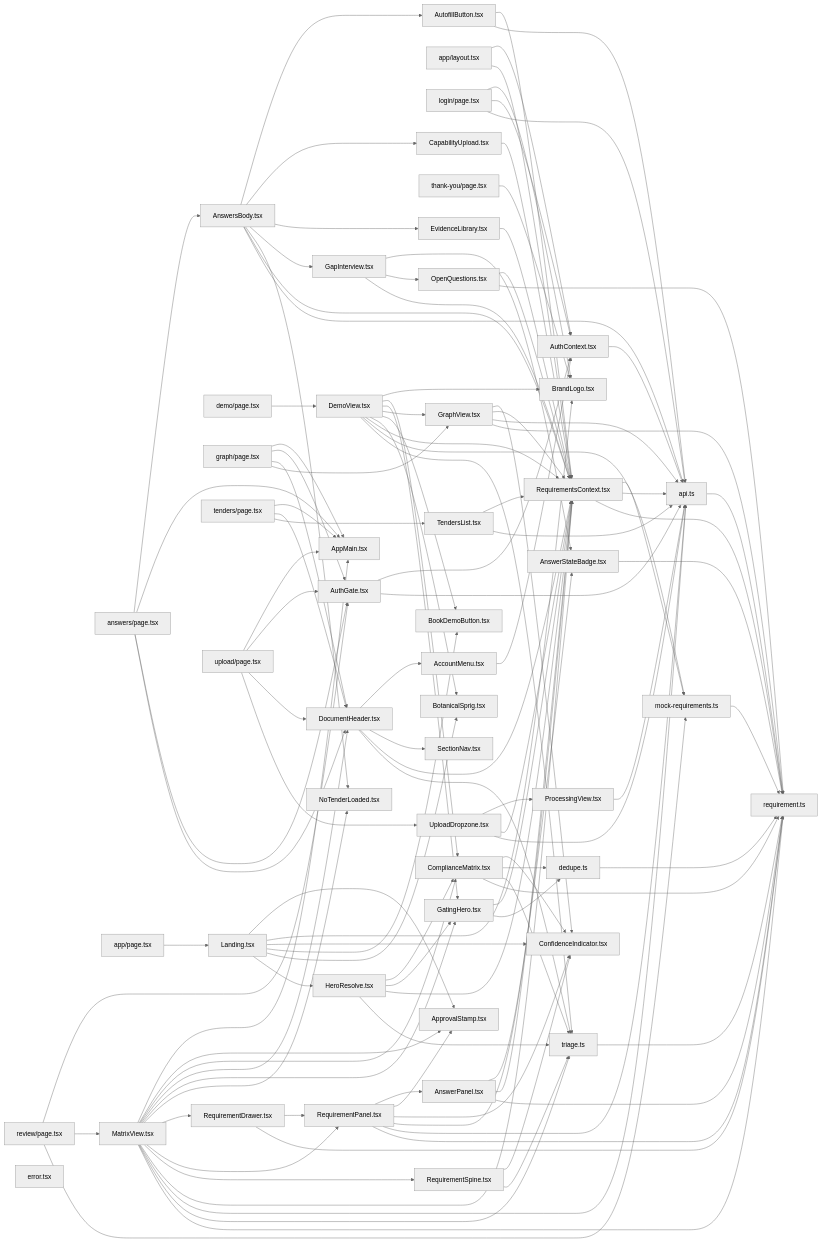
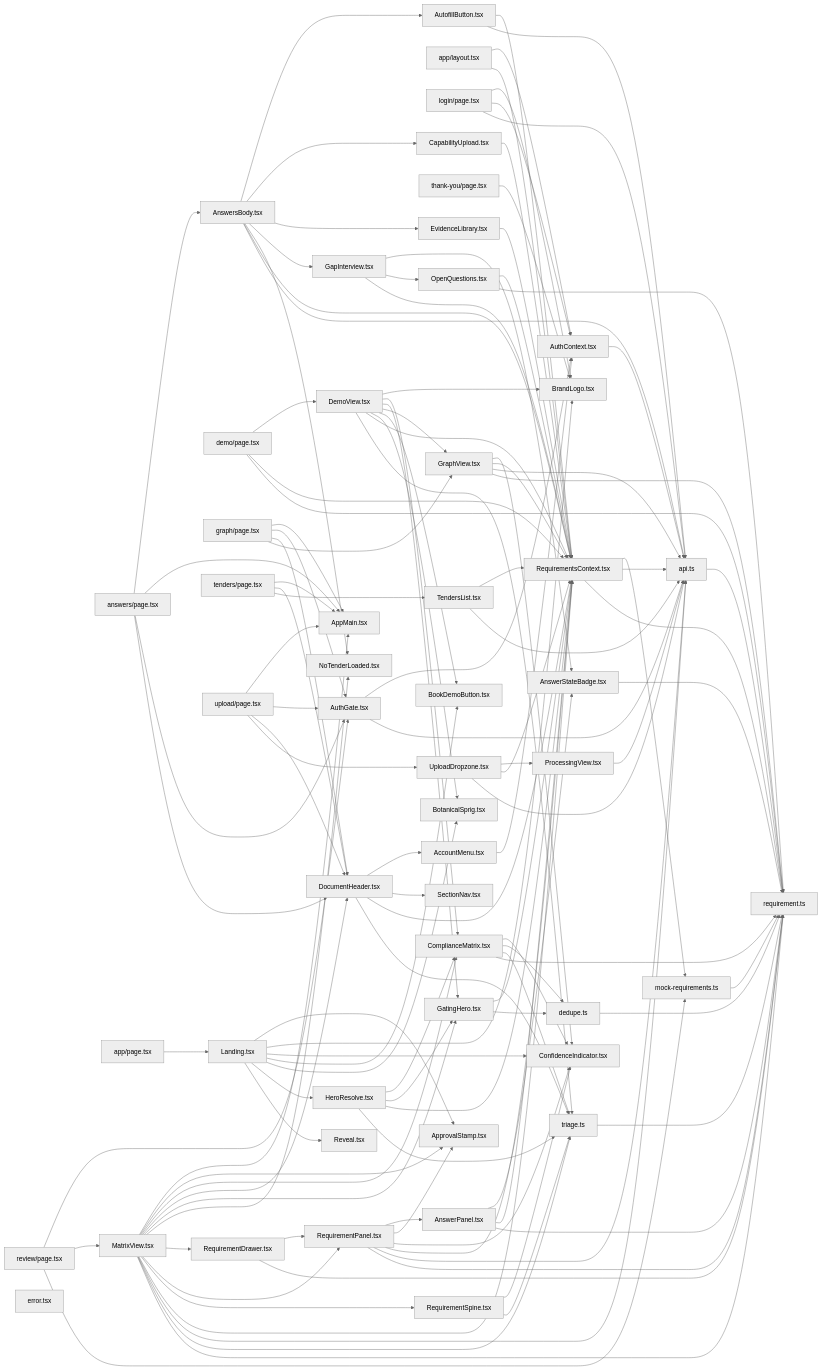
The second of 3 diagrams in CODEMAP.md (Welddevelopment/Bidframe), drawn with Mermaid (neutral theme) before and after one commit. The commit also changed other lines of this file and 1 other file, not shown here.

Commit message:
chore(codemap): refresh map [skip ci]

````diff
--- a/CODEMAP.md
+++ b/CODEMAP.md
@@ -47,119 +47,121 @@
   n0[answers/page.tsx] --> n3[AuthGate.tsx]
   n0[answers/page.tsx] --> n4[DocumentHeader.tsx]
   n5[demo/page.tsx] --> n6[DemoView.tsx]
-  n7[graph/page.tsx] --> n2[AppMain.tsx]
-  n7[graph/page.tsx] --> n3[AuthGate.tsx]
-  n7[graph/page.tsx] --> n4[DocumentHeader.tsx]
-  n7[graph/page.tsx] --> n8[GraphView.tsx]
-  n9[app/layout.tsx] --> n10[AuthContext.tsx]
-  n9[app/layout.tsx] --> n11[RequirementsContext.tsx]
-  n12[login/page.tsx] --> n13[BrandLogo.tsx]
-  n12[login/page.tsx] --> n10[AuthContext.tsx]
-  n12[login/page.tsx] --> n14[api.ts]
-  n15[app/page.tsx] --> n16[Landing.tsx]
-  n17[review/page.tsx] --> n3[AuthGate.tsx]
-  n17[review/page.tsx] --> n18[MatrixView.tsx]
-  n17[review/page.tsx] --> n19[mock-requirements.ts]
-  n20[tenders/page.tsx] --> n2[AppMain.tsx]
-  n20[tenders/page.tsx] --> n4[DocumentHeader.tsx]
-  n20[tenders/page.tsx] --> n21[TendersList.tsx]
-  n22[thank-you/page.tsx] --> n13[BrandLogo.tsx]
-  n23[upload/page.tsx] --> n2[AppMain.tsx]
-  n23[upload/page.tsx] --> n3[AuthGate.tsx]
-  n23[upload/page.tsx] --> n4[DocumentHeader.tsx]
-  n23[upload/page.tsx] --> n24[UploadDropzone.tsx]
-  n25[AccountMenu.tsx] --> n10[AuthContext.tsx]
-  n26[AnswerPanel.tsx] --> n27[AnswerStateBadge.tsx]
-  n26[AnswerPanel.tsx] --> n11[RequirementsContext.tsx]
-  n26[AnswerPanel.tsx] --> n28[requirement.ts]
-  n27[AnswerStateBadge.tsx] --> n28[requirement.ts]
+  n5[demo/page.tsx] --> n7[RequirementsContext.tsx]
+  n5[demo/page.tsx] --> n8[requirement.ts]
+  n9[graph/page.tsx] --> n2[AppMain.tsx]
+  n9[graph/page.tsx] --> n3[AuthGate.tsx]
+  n9[graph/page.tsx] --> n4[DocumentHeader.tsx]
+  n9[graph/page.tsx] --> n10[GraphView.tsx]
+  n11[app/layout.tsx] --> n12[AuthContext.tsx]
+  n11[app/layout.tsx] --> n7[RequirementsContext.tsx]
+  n13[login/page.tsx] --> n14[BrandLogo.tsx]
+  n13[login/page.tsx] --> n12[AuthContext.tsx]
+  n13[login/page.tsx] --> n15[api.ts]
+  n16[app/page.tsx] --> n17[Landing.tsx]
+  n18[review/page.tsx] --> n3[AuthGate.tsx]
+  n18[review/page.tsx] --> n19[MatrixView.tsx]
+  n18[review/page.tsx] --> n20[mock-requirements.ts]
+  n21[tenders/page.tsx] --> n2[AppMain.tsx]
+  n21[tenders/page.tsx] --> n4[DocumentHeader.tsx]
+  n21[tenders/page.tsx] --> n22[TendersList.tsx]
+  n23[thank-you/page.tsx] --> n14[BrandLogo.tsx]
+  n24[upload/page.tsx] --> n2[AppMain.tsx]
+  n24[upload/page.tsx] --> n3[AuthGate.tsx]
+  n24[upload/page.tsx] --> n4[DocumentHeader.tsx]
+  n24[upload/page.tsx] --> n25[UploadDropzone.tsx]
+  n26[AccountMenu.tsx] --> n12[AuthContext.tsx]
+  n27[AnswerPanel.tsx] --> n28[AnswerStateBadge.tsx]
+  n27[AnswerPanel.tsx] --> n7[RequirementsContext.tsx]
+  n27[AnswerPanel.tsx] --> n8[requirement.ts]
+  n28[AnswerStateBadge.tsx] --> n8[requirement.ts]
   n1[AnswersBody.tsx] --> n29[AutofillButton.tsx]
   n1[AnswersBody.tsx] --> n30[CapabilityUpload.tsx]
   n1[AnswersBody.tsx] --> n31[EvidenceLibrary.tsx]
   n1[AnswersBody.tsx] --> n32[GapInterview.tsx]
   n1[AnswersBody.tsx] --> n33[NoTenderLoaded.tsx]
-  n1[AnswersBody.tsx] --> n11[RequirementsContext.tsx]
-  n1[AnswersBody.tsx] --> n14[api.ts]
-  n3[AuthGate.tsx] --> n10[AuthContext.tsx]
-  n3[AuthGate.tsx] --> n14[api.ts]
-  n29[AutofillButton.tsx] --> n11[RequirementsContext.tsx]
-  n29[AutofillButton.tsx] --> n14[api.ts]
-  n30[CapabilityUpload.tsx] --> n11[RequirementsContext.tsx]
+  n1[AnswersBody.tsx] --> n7[RequirementsContext.tsx]
+  n1[AnswersBody.tsx] --> n15[api.ts]
+  n3[AuthGate.tsx] --> n12[AuthContext.tsx]
+  n3[AuthGate.tsx] --> n15[api.ts]
+  n29[AutofillButton.tsx] --> n7[RequirementsContext.tsx]
+  n29[AutofillButton.tsx] --> n15[api.ts]
+  n30[CapabilityUpload.tsx] --> n7[RequirementsContext.tsx]
   n34[ComplianceMatrix.tsx] --> n35[ConfidenceIndicator.tsx]
   n34[ComplianceMatrix.tsx] --> n36[dedupe.ts]
   n34[ComplianceMatrix.tsx] --> n37[triage.ts]
-  n34[ComplianceMatrix.tsx] --> n28[requirement.ts]
-  n6[DemoView.tsx] --> n13[BrandLogo.tsx]
+  n34[ComplianceMatrix.tsx] --> n8[requirement.ts]
+  n6[DemoView.tsx] --> n14[BrandLogo.tsx]
   n6[DemoView.tsx] --> n34[ComplianceMatrix.tsx]
   n6[DemoView.tsx] --> n38[GatingHero.tsx]
-  n6[DemoView.tsx] --> n8[GraphView.tsx]
+  n6[DemoView.tsx] --> n10[GraphView.tsx]
   n6[DemoView.tsx] --> n39[BookDemoButton.tsx]
   n6[DemoView.tsx] --> n40[BotanicalSprig.tsx]
-  n6[DemoView.tsx] --> n11[RequirementsContext.tsx]
-  n6[DemoView.tsx] --> n19[mock-requirements.ts]
+  n6[DemoView.tsx] --> n7[RequirementsContext.tsx]
   n6[DemoView.tsx] --> n37[triage.ts]
-  n4[DocumentHeader.tsx] --> n25[AccountMenu.tsx]
+  n4[DocumentHeader.tsx] --> n26[AccountMenu.tsx]
   n4[DocumentHeader.tsx] --> n41[SectionNav.tsx]
-  n4[DocumentHeader.tsx] --> n11[RequirementsContext.tsx]
+  n4[DocumentHeader.tsx] --> n7[RequirementsContext.tsx]
   n4[DocumentHeader.tsx] --> n37[triage.ts]
-  n31[EvidenceLibrary.tsx] --> n11[RequirementsContext.tsx]
-  n32[GapInterview.tsx] --> n27[AnswerStateBadge.tsx]
+  n31[EvidenceLibrary.tsx] --> n7[RequirementsContext.tsx]
+  n32[GapInterview.tsx] --> n28[AnswerStateBadge.tsx]
   n32[GapInterview.tsx] --> n42[OpenQuestions.tsx]
-  n32[GapInterview.tsx] --> n11[RequirementsContext.tsx]
-  n38[GatingHero.tsx] --> n11[RequirementsContext.tsx]
+  n32[GapInterview.tsx] --> n7[RequirementsContext.tsx]
+  n38[GatingHero.tsx] --> n7[RequirementsContext.tsx]
   n38[GatingHero.tsx] --> n36[dedupe.ts]
-  n8[GraphView.tsx] --> n35[ConfidenceIndicator.tsx]
-  n8[GraphView.tsx] --> n11[RequirementsContext.tsx]
-  n8[GraphView.tsx] --> n14[api.ts]
-  n8[GraphView.tsx] --> n28[requirement.ts]
-  n18[MatrixView.tsx] --> n2[AppMain.tsx]
-  n18[MatrixView.tsx] --> n43[ApprovalStamp.tsx]
-  n18[MatrixView.tsx] --> n34[ComplianceMatrix.tsx]
-  n18[MatrixView.tsx] --> n4[DocumentHeader.tsx]
-  n18[MatrixView.tsx] --> n38[GatingHero.tsx]
-  n18[MatrixView.tsx] --> n33[NoTenderLoaded.tsx]
-  n18[MatrixView.tsx] --> n44[RequirementDrawer.tsx]
-  n18[MatrixView.tsx] --> n45[RequirementPanel.tsx]
-  n18[MatrixView.tsx] --> n46[RequirementSpine.tsx]
-  n18[MatrixView.tsx] --> n11[RequirementsContext.tsx]
-  n18[MatrixView.tsx] --> n14[api.ts]
-  n18[MatrixView.tsx] --> n37[triage.ts]
-  n18[MatrixView.tsx] --> n28[requirement.ts]
-  n42[OpenQuestions.tsx] --> n11[RequirementsContext.tsx]
-  n42[OpenQuestions.tsx] --> n28[requirement.ts]
-  n47[ProcessingView.tsx] --> n14[api.ts]
+  n10[GraphView.tsx] --> n35[ConfidenceIndicator.tsx]
+  n10[GraphView.tsx] --> n7[RequirementsContext.tsx]
+  n10[GraphView.tsx] --> n15[api.ts]
+  n10[GraphView.tsx] --> n8[requirement.ts]
+  n19[MatrixView.tsx] --> n2[AppMain.tsx]
+  n19[MatrixView.tsx] --> n43[ApprovalStamp.tsx]
+  n19[MatrixView.tsx] --> n34[ComplianceMatrix.tsx]
+  n19[MatrixView.tsx] --> n4[DocumentHeader.tsx]
+  n19[MatrixView.tsx] --> n38[GatingHero.tsx]
+  n19[MatrixView.tsx] --> n33[NoTenderLoaded.tsx]
+  n19[MatrixView.tsx] --> n44[RequirementDrawer.tsx]
+  n19[MatrixView.tsx] --> n45[RequirementPanel.tsx]
+  n19[MatrixView.tsx] --> n46[RequirementSpine.tsx]
+  n19[MatrixView.tsx] --> n7[RequirementsContext.tsx]
+  n19[MatrixView.tsx] --> n15[api.ts]
+  n19[MatrixView.tsx] --> n37[triage.ts]
+  n19[MatrixView.tsx] --> n8[requirement.ts]
+  n42[OpenQuestions.tsx] --> n7[RequirementsContext.tsx]
+  n42[OpenQuestions.tsx] --> n8[requirement.ts]
+  n47[ProcessingView.tsx] --> n15[api.ts]
   n44[RequirementDrawer.tsx] --> n45[RequirementPanel.tsx]
-  n44[RequirementDrawer.tsx] --> n28[requirement.ts]
-  n45[RequirementPanel.tsx] --> n26[AnswerPanel.tsx]
+  n44[RequirementDrawer.tsx] --> n8[requirement.ts]
+  n45[RequirementPanel.tsx] --> n27[AnswerPanel.tsx]
   n45[RequirementPanel.tsx] --> n43[ApprovalStamp.tsx]
   n45[RequirementPanel.tsx] --> n35[ConfidenceIndicator.tsx]
-  n45[RequirementPanel.tsx] --> n11[RequirementsContext.tsx]
-  n45[RequirementPanel.tsx] --> n14[api.ts]
-  n45[RequirementPanel.tsx] --> n28[requirement.ts]
+  n45[RequirementPanel.tsx] --> n7[RequirementsContext.tsx]
+  n45[RequirementPanel.tsx] --> n15[api.ts]
+  n45[RequirementPanel.tsx] --> n8[requirement.ts]
   n46[RequirementSpine.tsx] --> n35[ConfidenceIndicator.tsx]
   n46[RequirementSpine.tsx] --> n37[triage.ts]
-  n21[TendersList.tsx] --> n11[RequirementsContext.tsx]
-  n21[TendersList.tsx] --> n14[api.ts]
-  n24[UploadDropzone.tsx] --> n47[ProcessingView.tsx]
-  n24[UploadDropzone.tsx] --> n11[RequirementsContext.tsx]
-  n24[UploadDropzone.tsx] --> n14[api.ts]
+  n22[TendersList.tsx] --> n7[RequirementsContext.tsx]
+  n22[TendersList.tsx] --> n15[api.ts]
+  n25[UploadDropzone.tsx] --> n47[ProcessingView.tsx]
+  n25[UploadDropzone.tsx] --> n7[RequirementsContext.tsx]
+  n25[UploadDropzone.tsx] --> n15[api.ts]
   n48[HeroResolve.tsx] --> n34[ComplianceMatrix.tsx]
   n48[HeroResolve.tsx] --> n38[GatingHero.tsx]
-  n48[HeroResolve.tsx] --> n11[RequirementsContext.tsx]
+  n48[HeroResolve.tsx] --> n7[RequirementsContext.tsx]
   n48[HeroResolve.tsx] --> n37[triage.ts]
-  n16[Landing.tsx] --> n43[ApprovalStamp.tsx]
-  n16[Landing.tsx] --> n13[BrandLogo.tsx]
-  n16[Landing.tsx] --> n35[ConfidenceIndicator.tsx]
-  n16[Landing.tsx] --> n39[BookDemoButton.tsx]
-  n16[Landing.tsx] --> n40[BotanicalSprig.tsx]
-  n16[Landing.tsx] --> n48[HeroResolve.tsx]
-  n10[AuthContext.tsx] --> n14[api.ts]
-  n11[RequirementsContext.tsx] --> n19[mock-requirements.ts]
-  n11[RequirementsContext.tsx] --> n14[api.ts]
-  n11[RequirementsContext.tsx] --> n28[requirement.ts]
-  n19[mock-requirements.ts] --> n28[requirement.ts]
-  n14[api.ts] --> n28[requirement.ts]
-  n36[dedupe.ts] --> n28[requirement.ts]
-  n37[triage.ts] --> n28[requirement.ts]
-  n49[error.tsx]
+  n17[Landing.tsx] --> n43[ApprovalStamp.tsx]
+  n17[Landing.tsx] --> n14[BrandLogo.tsx]
+  n17[Landing.tsx] --> n35[ConfidenceIndicator.tsx]
+  n17[Landing.tsx] --> n39[BookDemoButton.tsx]
+  n17[Landing.tsx] --> n40[BotanicalSprig.tsx]
+  n17[Landing.tsx] --> n48[HeroResolve.tsx]
+  n17[Landing.tsx] --> n49[Reveal.tsx]
+  n12[AuthContext.tsx] --> n15[api.ts]
+  n7[RequirementsContext.tsx] --> n20[mock-requirements.ts]
+  n7[RequirementsContext.tsx] --> n15[api.ts]
+  n7[RequirementsContext.tsx] --> n8[requirement.ts]
+  n20[mock-requirements.ts] --> n8[requirement.ts]
+  n15[api.ts] --> n8[requirement.ts]
+  n36[dedupe.ts] --> n8[requirement.ts]
+  n37[triage.ts] --> n8[requirement.ts]
+  n50[error.tsx]
 ```
````
